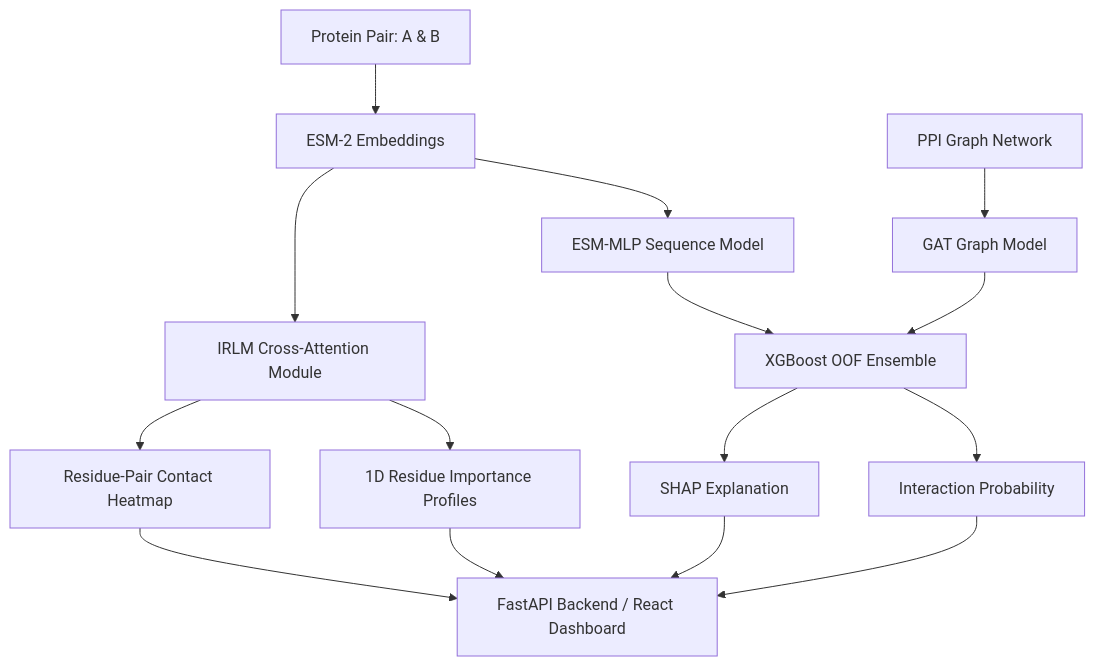
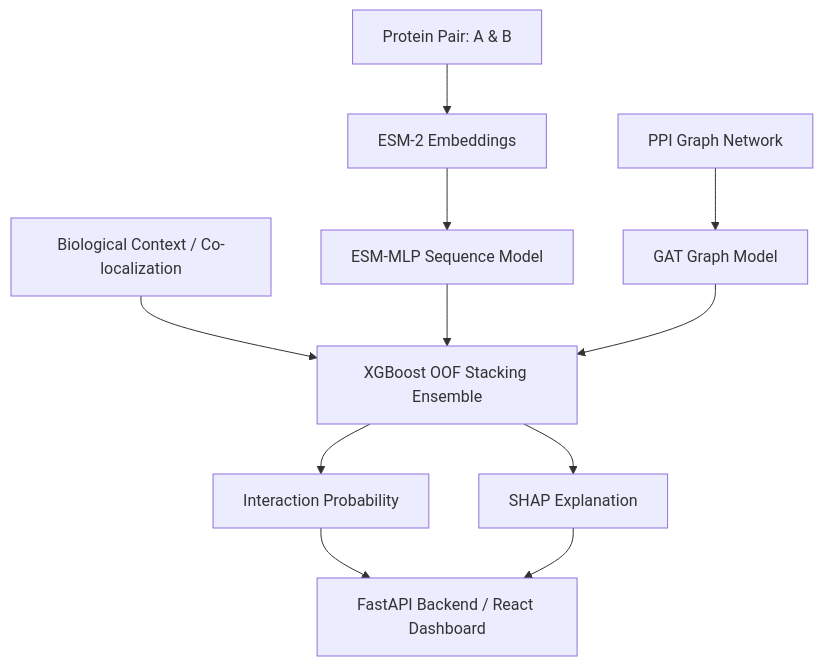
One commit to AshShenoy14/Majorproject changed the diagram in README.md. Above: the diagram before and after it, drawn with Mermaid. The commit also changed other lines of this file and 23 other files, not shown here.

Commit message:
refactor: surgically remove IRLM module and related endpoints/visualizers

````diff
--- a/README.md
+++ b/README.md
@@ -37,22 +37,18 @@
 ```mermaid
 graph TD
     A[Protein Pair: A & B] --> B[ESM-2 Embeddings]
     B --> C[ESM-MLP Sequence Model]
 
     D[PPI Graph Network] --> E[GAT Graph Model]
+    
+    K[Biological Context / Co-localization] --> F
 
-    C --> F[XGBoost OOF Ensemble]
+    C --> F[XGBoost OOF Stacking Ensemble]
     E --> F
 
     F --> G[Interaction Probability]
     F --> H[SHAP Explanation]
 
-    B --> I[IRLM Cross-Attention Module]
-    I --> J[1D Residue Importance Profiles]
-    I --> K[Residue-Pair Contact Heatmap]
-
     G --> L[FastAPI Backend / React Dashboard]
     H --> L
-    J --> L
-    K --> L
 ```
````
